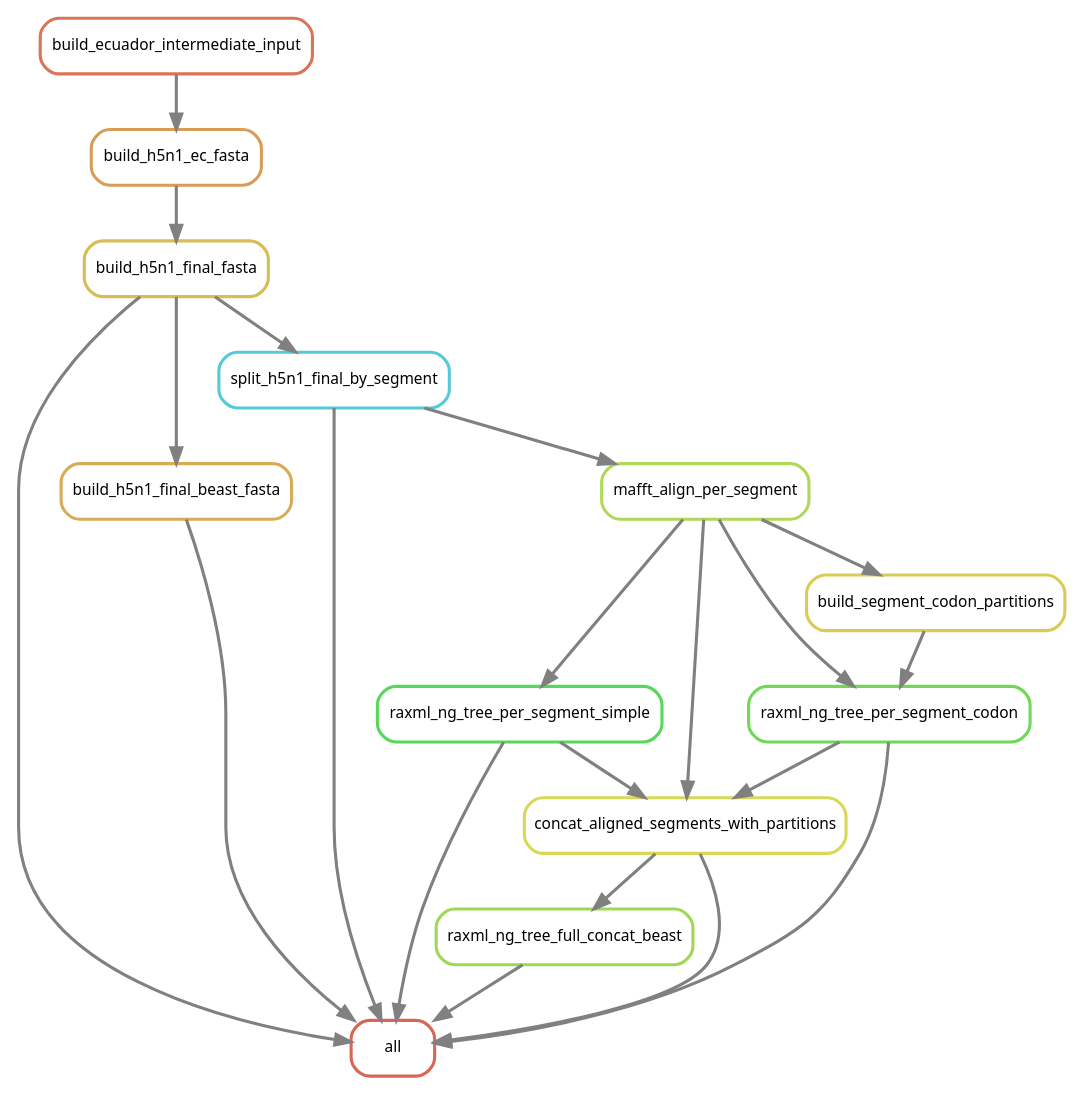
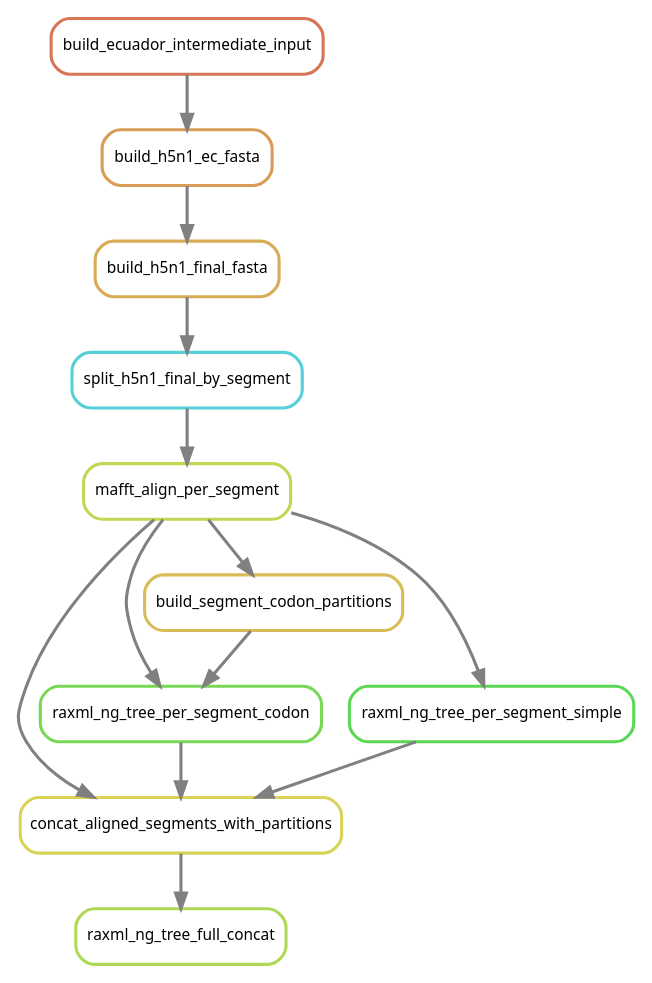
One commit to Sebysemily/Flu changed the diagram in analysis/pipeline_rulegraph.dot. Above: the diagram before and after it, drawn with Graphviz. The commit also changed 26 other files, not shown here.

```diff
--- a/analysis/pipeline_rulegraph.dot
+++ b/analysis/pipeline_rulegraph.dot
@@ -1,37 +1,27 @@
 digraph snakemake_dag {
     graph[bgcolor=white, margin=0];
     node[shape=box, style=rounded, fontname=sans,                 fontsize=10, penwidth=2];
     edge[penwidth=2, color=grey];
-	0[label = "all", color = "0.02 0.6 0.85", style="rounded"];
-	1[label = "build_h5n1_final_fasta", color = "0.13 0.6 0.85", style="rounded"];
-	2[label = "build_h5n1_ec_fasta", color = "0.09 0.6 0.85", style="rounded"];
-	3[label = "build_ecuador_intermediate_input", color = "0.04 0.6 0.85", style="rounded"];
-	4[label = "build_h5n1_final_beast_fasta", color = "0.11 0.6 0.85", style="rounded"];
-	5[label = "concat_aligned_segments_with_partitions", color = "0.17 0.6 0.85", style="rounded"];
-	6[label = "mafft_align_per_segment", color = "0.22 0.6 0.85", style="rounded"];
-	7[label = "split_h5n1_final_by_segment", color = "0.52 0.6 0.85", style="rounded"];
-	8[label = "raxml_ng_tree_per_segment_codon", color = "0.30 0.6 0.85", style="rounded"];
-	9[label = "build_segment_codon_partitions", color = "0.15 0.6 0.85", style="rounded"];
-	10[label = "raxml_ng_tree_per_segment_simple", color = "0.34 0.6 0.85", style="rounded"];
-	11[label = "raxml_ng_tree_full_concat_beast", color = "0.24 0.6 0.85", style="rounded"];
-	8 -> 0
+	0[label = "raxml_ng_tree_full_concat", color = "0.22 0.6 0.85", style="rounded"];
+	1[label = "concat_aligned_segments_with_partitions", color = "0.16 0.6 0.85", style="rounded"];
+	2[label = "mafft_align_per_segment", color = "0.20 0.6 0.85", style="rounded"];
+	3[label = "split_h5n1_final_by_segment", color = "0.51 0.6 0.85", style="rounded"];
+	4[label = "build_h5n1_final_fasta", color = "0.11 0.6 0.85", style="rounded"];
+	5[label = "build_h5n1_ec_fasta", color = "0.09 0.6 0.85", style="rounded"];
+	6[label = "build_ecuador_intermediate_input", color = "0.04 0.6 0.85", style="rounded"];
+	7[label = "raxml_ng_tree_per_segment_codon", color = "0.29 0.6 0.85", style="rounded"];
+	8[label = "build_segment_codon_partitions", color = "0.13 0.6 0.85", style="rounded"];
+	9[label = "raxml_ng_tree_per_segment_simple", color = "0.33 0.6 0.85", style="rounded"];
 	1 -> 0
-	11 -> 0
-	5 -> 0
-	7 -> 0
-	4 -> 0
-	10 -> 0
 	2 -> 1
+	7 -> 1
+	9 -> 1
 	3 -> 2
-	1 -> 4
+	4 -> 3
+	5 -> 4
 	6 -> 5
-	8 -> 5
-	10 -> 5
-	7 -> 6
-	1 -> 7
-	6 -> 8
-	9 -> 8
-	6 -> 9
-	6 -> 10
-	5 -> 11
+	2 -> 7
+	8 -> 7
+	2 -> 8
+	2 -> 9
 }            
```
